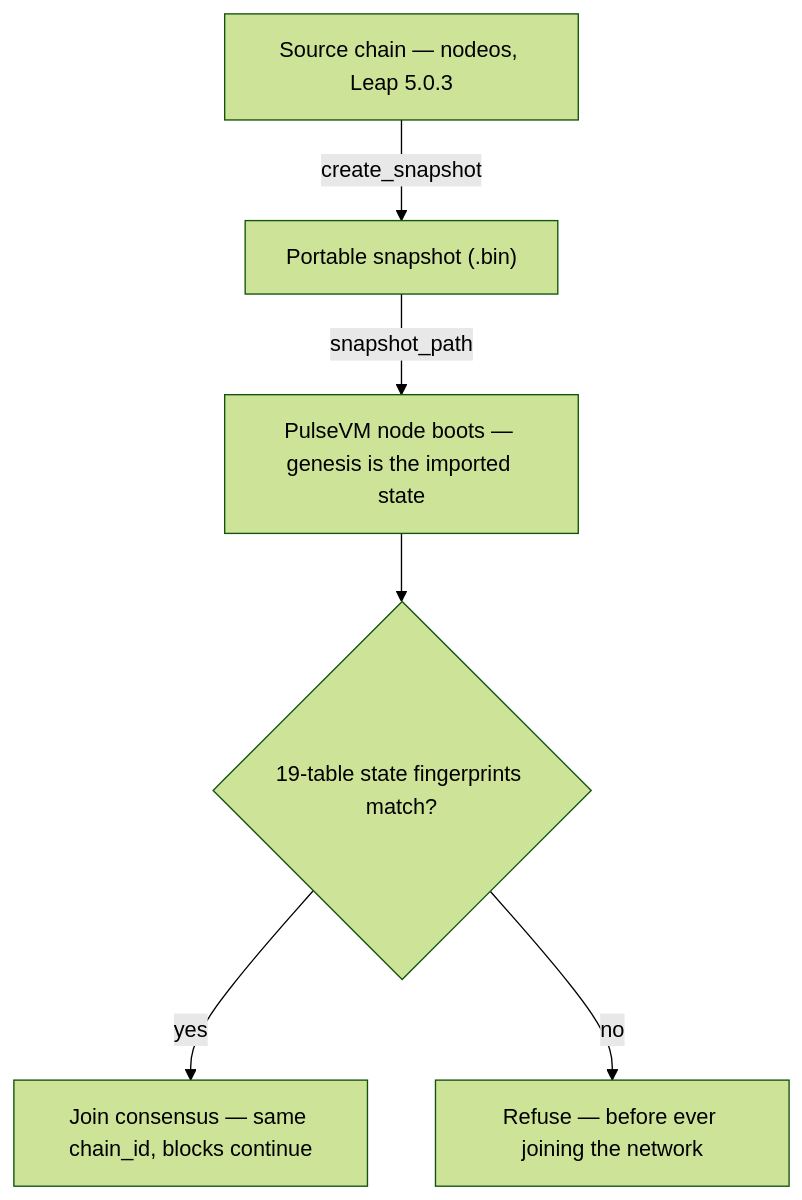
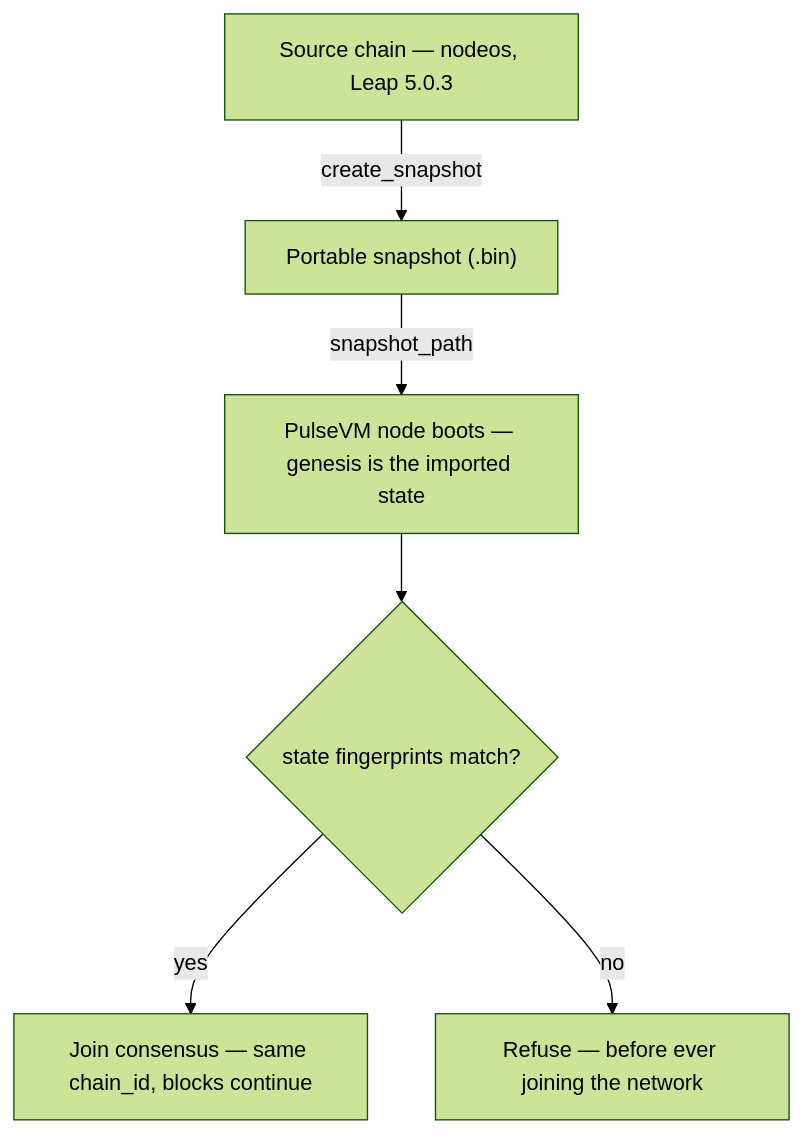
One commit to paulgnz/pulsevm-docs changed the diagram in docs/guide/migrate-antelope-chain.md. Above: the diagram before and after it, drawn with Mermaid (forest theme). The commit also changed other lines of this file and 42 other files, not shown here.

````diff
--- a/docs/guide/migrate-antelope-chain.md
+++ b/docs/guide/migrate-antelope-chain.md
@@ -81,8 +88,8 @@
 ```mermaid
 flowchart TB
   a["Source chain — nodeos, Leap 5.0.3"] -->|create_snapshot| b["Portable snapshot (.bin)"]
   b -->|snapshot_path| c["PulseVM node boots — genesis is the imported state"]
-  c --> d{"19-table state fingerprints match?"}
+  c --> d{"state fingerprints match?"}
   d -- yes --> e["Join consensus — same chain_id, blocks continue"]
   d -- no --> f["Refuse — before ever joining the network"]
 ```
````
